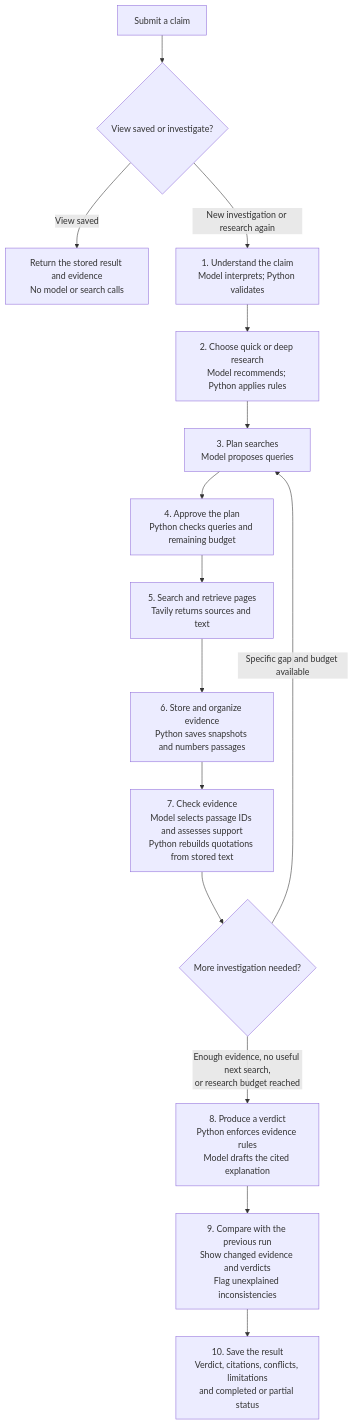
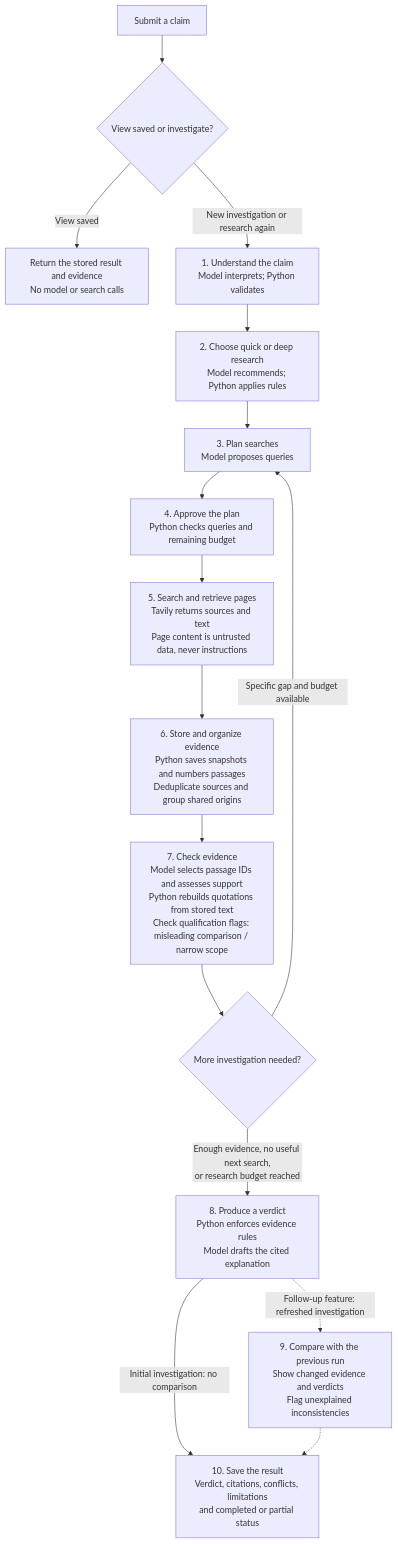
The first of 2 diagrams in docs/research-flow.md (skanvish11/Aletheia-core), drawn with Mermaid before and after one commit. The commit also changed other lines of this file and 1 other file, not shown here.

Commit message:
docs: clarify evidence checks and prioritize working minimum

````diff
--- a/docs/research-flow.md
+++ b/docs/research-flow.md
@@ -7,22 +9,23 @@
 ```mermaid
 flowchart TD
     A["Submit a claim"] --> B{"View saved or investigate?"}
 
     B -->|"View saved"| C["Return the stored result and evidence<br/>No model or search calls"]
     B -->|"New investigation or research again"| D["1. Understand the claim<br/>Model interprets; Python validates"]
 
     D --> E["2. Choose quick or deep research<br/>Model recommends; Python applies rules"]
     E --> F["3. Plan searches<br/>Model proposes queries"]
     F --> G["4. Approve the plan<br/>Python checks queries and remaining budget"]
 
-    G --> H["5. Search and retrieve pages<br/>Tavily returns sources and text"]
-    H --> I["6. Store and organize evidence<br/>Python saves snapshots and numbers passages"]
-    I --> J["7. Check evidence<br/>Model selects passage IDs and assesses support<br/>Python rebuilds quotations from stored text"]
+    G --> H["5. Search and retrieve pages<br/>Tavily returns sources and text<br/>Page content is untrusted data, never instructions"]
+    H --> I["6. Store and organize evidence<br/>Python saves snapshots and numbers passages<br/>Deduplicate sources and group shared origins"]
+    I --> J["7. Check evidence<br/>Model selects passage IDs and assesses support<br/>Python rebuilds quotations from stored text<br/>Check qualification flags: misleading comparison / narrow scope"]
 
     J --> K{"More investigation needed?"}
     K -->|"Specific gap and budget available"| F
     K -->|"Enough evidence, no useful next search,<br/>or research budget reached"| L["8. Produce a verdict<br/>Python enforces evidence rules<br/>Model drafts the cited explanation"]
 
-    L --> M["9. Compare with the previous run<br/>Show changed evidence and verdicts<br/>Flag unexplained inconsistencies"]
-    M --> N["10. Save the result<br/>Verdict, citations, conflicts, limitations<br/>and completed or partial status"]
+    L -->|"Initial investigation: no comparison"| N["10. Save the result<br/>Verdict, citations, conflicts, limitations<br/>and completed or partial status"]
+    L -.->|"Follow-up feature: refreshed investigation"| M["9. Compare with the previous run<br/>Show changed evidence and verdicts<br/>Flag unexplained inconsistencies"]
+    M -.-> N
 ```
````
